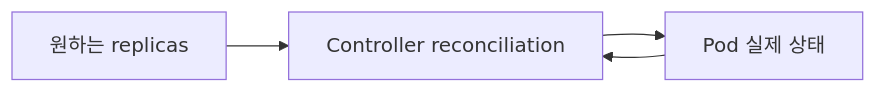
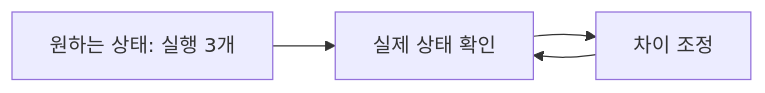
Before and after one commit to moocongpapa/it-study: the diagram in content/topics/kubernetes-basics.md, drawn with Mermaid. The commit also changed other lines of this file and 71 other files, not shown here.

````diff
--- a/content/topics/kubernetes-basics.md
+++ b/content/topics/kubernetes-basics.md
@@ -6,5 +20,4 @@
 ```mermaid
 flowchart LR
-  D["원하는 replicas"] --> C["Controller reconciliation"]
-  C --> P["Pod 실제 상태"] --> C
+ A["원하는 상태: 실행 3개"] --> B["실제 상태 확인"] --> C["차이 조정"] --> B
 ```
````
